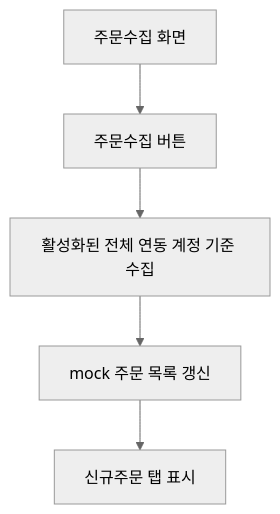
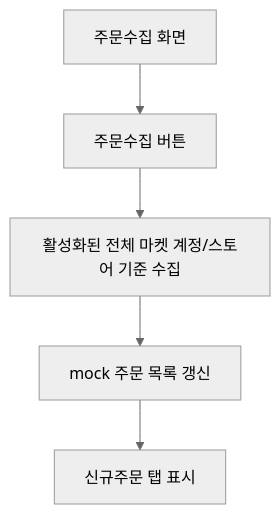
One commit to moonceo/Jmpp changed the second of 4 diagrams in docs/08_유저플로우/02_마켓연동_및_주문수집_유저플로우.md. Above: the diagram before and after it, drawn with Mermaid (neutral theme). The commit also changed other lines of this file and 19 other files, not shown here.

````diff
--- a/docs/08_유저플로우/02_마켓연동_및_주문수집_유저플로우.md
+++ b/docs/08_유저플로우/02_마켓연동_및_주문수집_유저플로우.md
@@ -47,7 +47,7 @@
 ```mermaid
 flowchart TD
     A["주문수집 화면"] --> B["주문수집 버튼"]
-    B --> C["활성화된 전체 연동 계정 기준 수집"]
+    B --> C["활성화된 전체 마켓 계정/스토어 기준 수집"]
     C --> D["mock 주문 목록 갱신"]
     D --> E["신규주문 탭 표시"]
 ```
````
